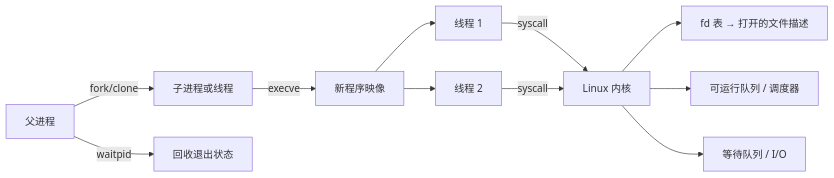
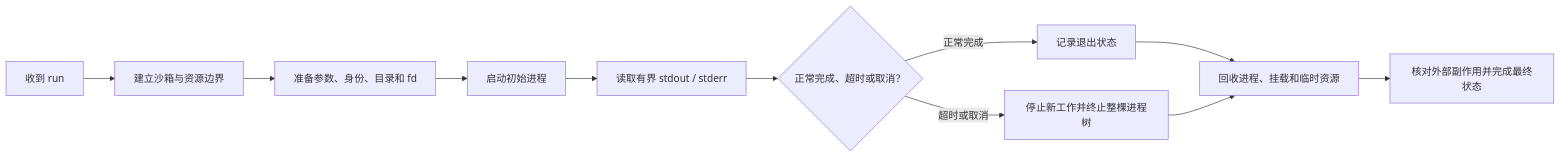
The diagram in books/ai/src/systems/process_threads_syscalls.md (xizheyin/hft-book-rs), drawn with Mermaid before and after one commit. The commit also changed other lines of this file and 64 other files, not shown here.

````diff
--- a/books/ai/src/systems/process_threads_syscalls.md
+++ b/books/ai/src/systems/process_threads_syscalls.md
@@ -16,13 +21,13 @@
 ```mermaid
 flowchart LR
-    A["父进程"] -->|"fork/clone"| B["子进程或线程"]
-    B -->|"execve"| C["新程序映像"]
-    C --> T1["线程 1"]
-    C --> T2["线程 2"]
-    T1 -->|"syscall"| K["Linux 内核"]
-    T2 -->|"syscall"| K
-    K --> F["fd 表 → 打开的文件描述"]
-    K --> R["可运行队列 / 调度器"]
-    K --> W["等待队列 / I/O"]
-    A -->|"waitpid"| Z["回收退出状态"]
+    A["收到 run"] --> B["建立沙箱与资源边界"]
+    B --> C["准备参数、身份、目录和 fd"]
+    C --> D["启动初始进程"]
+    D --> E["读取有界 stdout / stderr"]
+    E --> F{"正常完成、超时或取消？"}
+    F -->|"正常完成"| G["记录退出状态"]
+    F -->|"超时或取消"| H["停止新工作并终止整棵进程树"]
+    G --> I["回收进程、挂载和临时资源"]
+    H --> I
+    I --> J["核对外部副作用并完成最终状态"]
 ```
````
